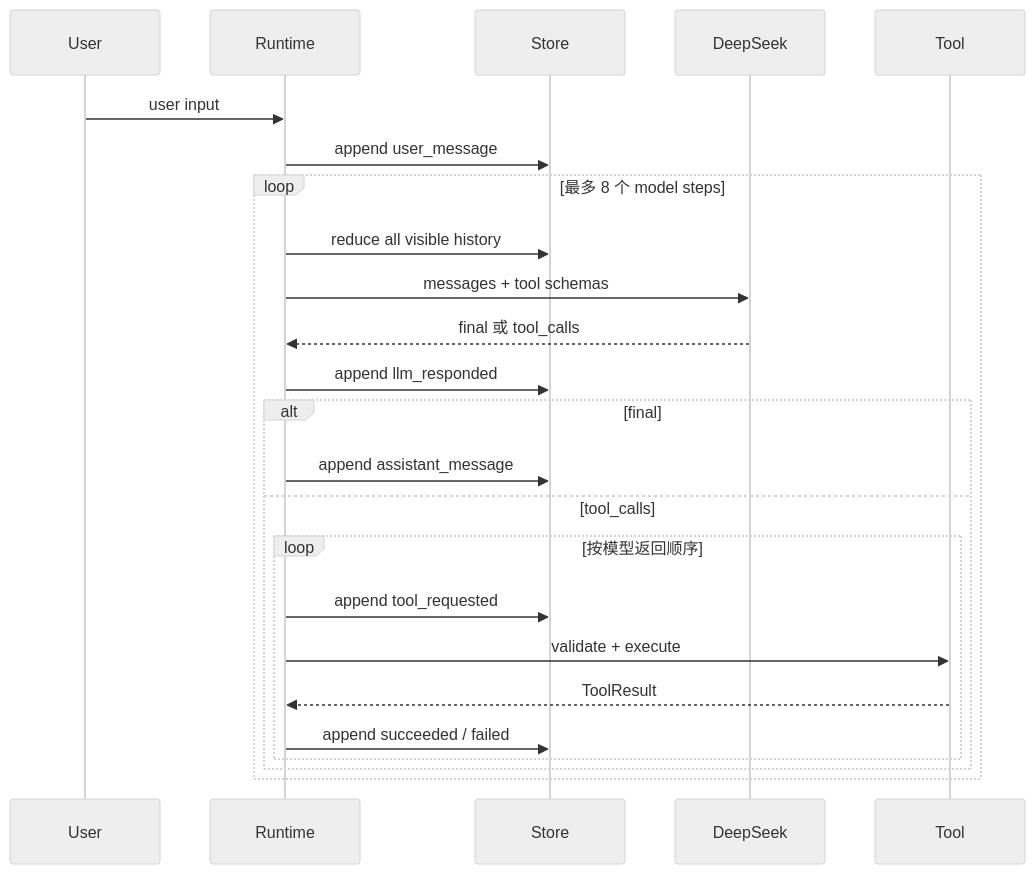
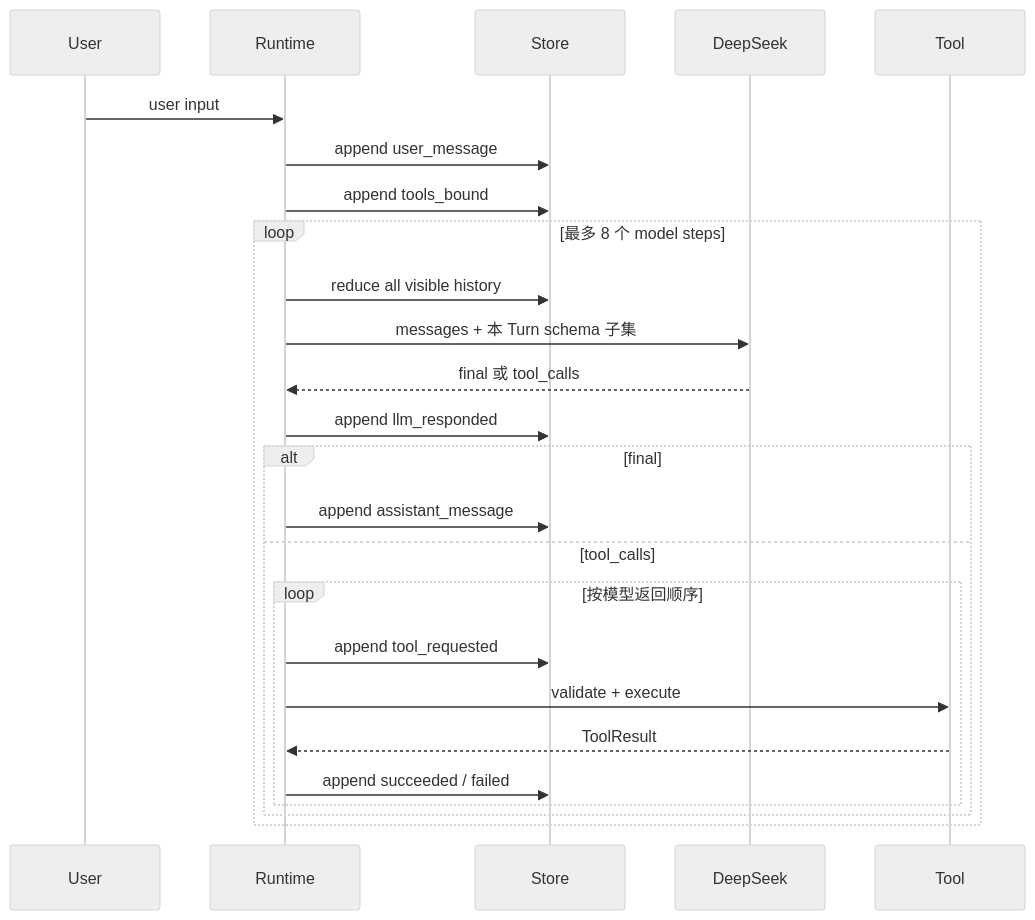
One commit to lcwsnb/glassbox-agent changed the second of 2 diagrams in README.md. Above: the diagram before and after it, drawn with Mermaid (neutral theme). The commit also changed other lines of this file and 15 other files, not shown here.

Commit message:
feat: add turn-scoped tool binding

````diff
--- a/README.md
+++ b/README.md
@@ -148,26 +152,27 @@
 ```mermaid
 sequenceDiagram
     participant User
     participant Runtime
     participant Store
     participant Model as DeepSeek
     participant Tool
     User->>Runtime: user input
     Runtime->>Store: append user_message
+    Runtime->>Store: append tools_bound
     loop 最多 8 个 model steps
         Runtime->>Store: reduce all visible history
-        Runtime->>Model: messages + tool schemas
+        Runtime->>Model: messages + 本 Turn schema 子集
         Model-->>Runtime: final 或 tool_calls
         Runtime->>Store: append llm_responded
         alt final
             Runtime->>Store: append assistant_message
         else tool_calls
             loop 按模型返回顺序
                 Runtime->>Store: append tool_requested
                 Runtime->>Tool: validate + execute
                 Tool-->>Runtime: ToolResult
                 Runtime->>Store: append succeeded / failed
             end
         end
     end
 ```
````
